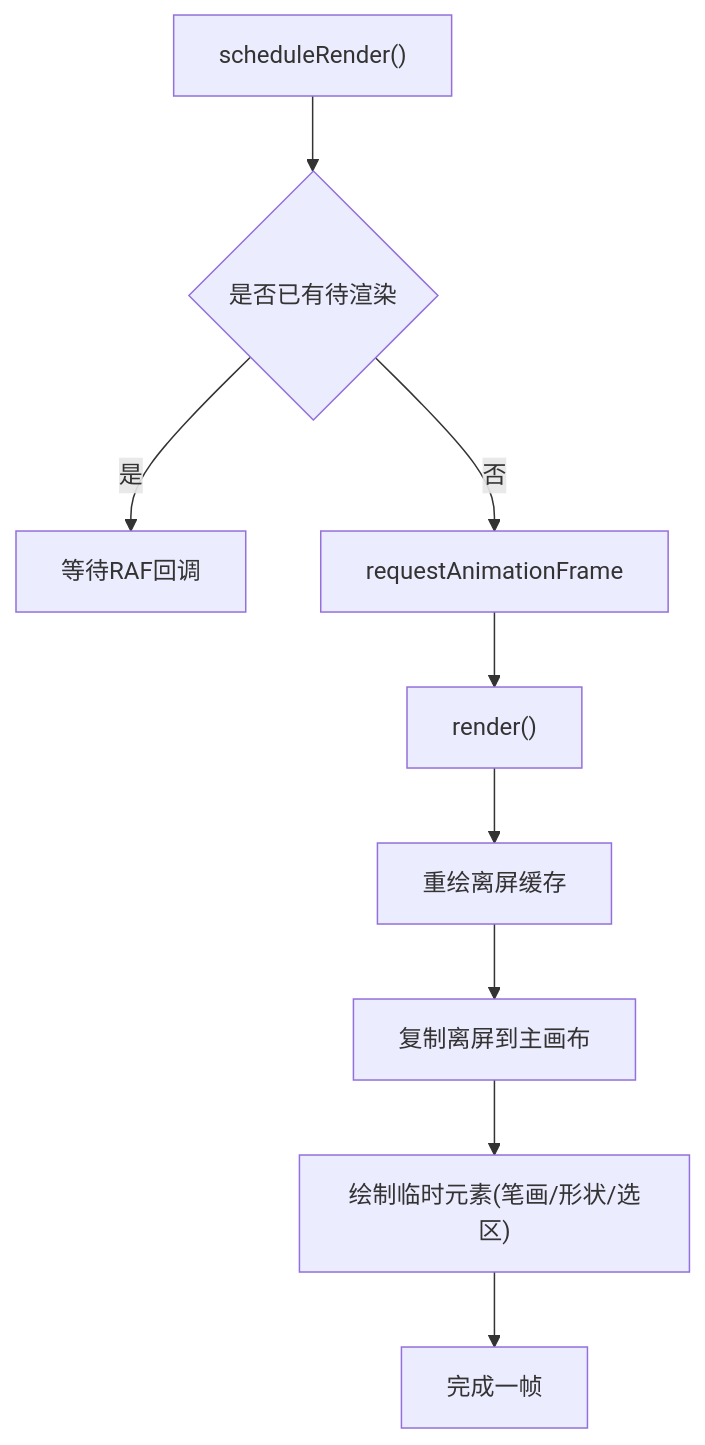
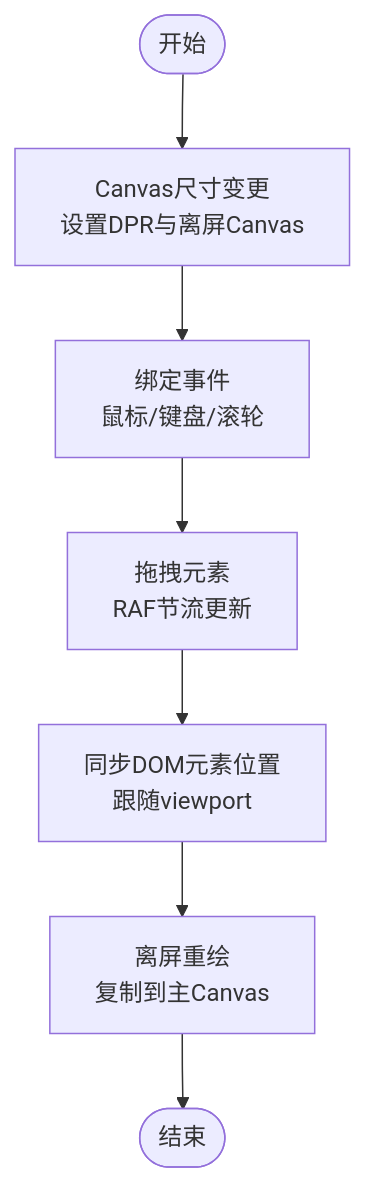
Before and after one commit to 2025ppo/aqw: the seventh of 8 diagrams in .qoder/repowiki/zh/content/UI组件系统/画布系统.md, drawn with Mermaid. The commit also changed other lines of this file and 224 other files, not shown here.

````diff
--- a/.qoder/repowiki/zh/content/UI组件系统/画布系统.md
+++ b/.qoder/repowiki/zh/content/UI组件系统/画布系统.md
@@ -274,11 +336,9 @@
 ```mermaid
 flowchart TD
-SR["scheduleRender()"] --> Pending{"是否已有待渲染"}
-Pending --> |是| Wait["等待RAF回调"]
-Pending --> |否| RAF["requestAnimationFrame"]
-RAF --> Render["render()"]
-Render --> Offscreen["重绘离屏缓存"]
-Offscreen --> Copy["复制离屏到主画布"]
-Copy --> Temp["绘制临时元素(笔画/形状/选区)"]
-Temp --> Done["完成一帧"]
+Start(["开始"]) --> Resize["Canvas尺寸变更<br/>设置DPR与离屏Canvas"]
+Resize --> BindEvents["绑定事件<br/>鼠标/键盘/滚轮"]
+BindEvents --> Drag["拖拽元素<br/>RAF节流更新"]
+Drag --> Sync["同步DOM元素位置<br/>跟随viewport"]
+Sync --> Render["离屏重绘<br/>复制到主Canvas"]
+Render --> End(["结束"])
 ```
````
